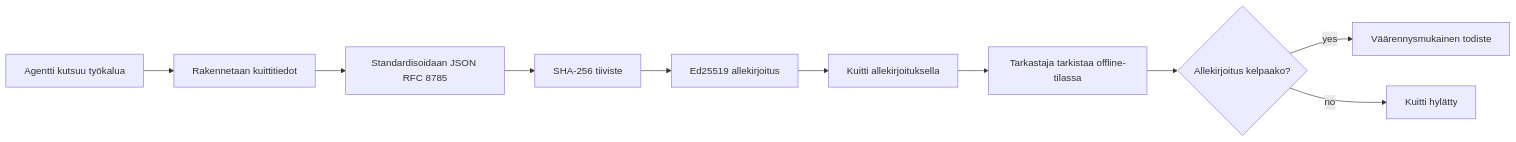
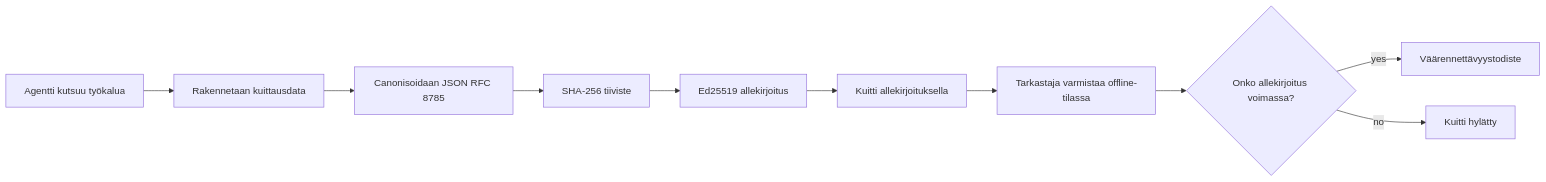
The first of 2 diagrams in translations/fi/18-securing-ai-agents/README.md (microsoft/ai-agents-for-beginners), drawn with Mermaid before and after one commit. The commit also changed other lines of this file and 93 other files, not shown here.

````diff
--- a/translations/fi/18-securing-ai-agents/README.md
+++ b/translations/fi/18-securing-ai-agents/README.md
@@ -51,12 +51,12 @@
 ```mermaid
 flowchart LR
-    A[Agentti kutsuu työkalua] --> B[Rakennetaan kuittitiedot]
-    B --> C[Standardisoidaan JSON RFC 8785]
+    A[Agentti kutsuu työkalua] --> B[Rakennetaan kuittausdata]
+    B --> C[Canonisoidaan JSON RFC 8785]
     C --> D[SHA-256 tiiviste]
     D --> E[Ed25519 allekirjoitus]
     E --> F[Kuitti allekirjoituksella]
-    F --> G[Tarkastaja tarkistaa offline-tilassa]
-    G --> H{Allekirjoitus kelpaako?}
-    H -- yes --> I[Väärennysmukainen todiste]
+    F --> G[Tarkastaja varmistaa offline-tilassa]
+    G --> H{Onko allekirjoitus voimassa?}
+    H -- yes --> I[Väärennettävyystodiste]
     H -- no --> J[Kuitti hylätty]
 ```
````
